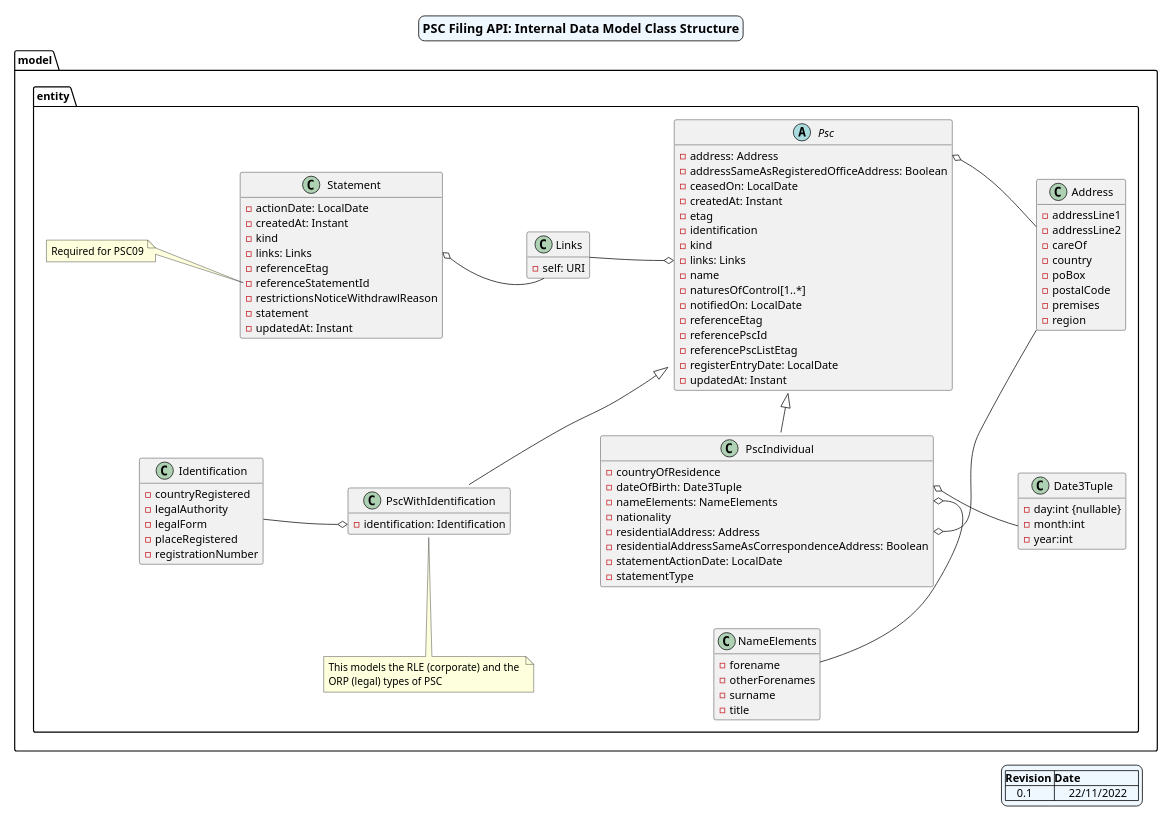
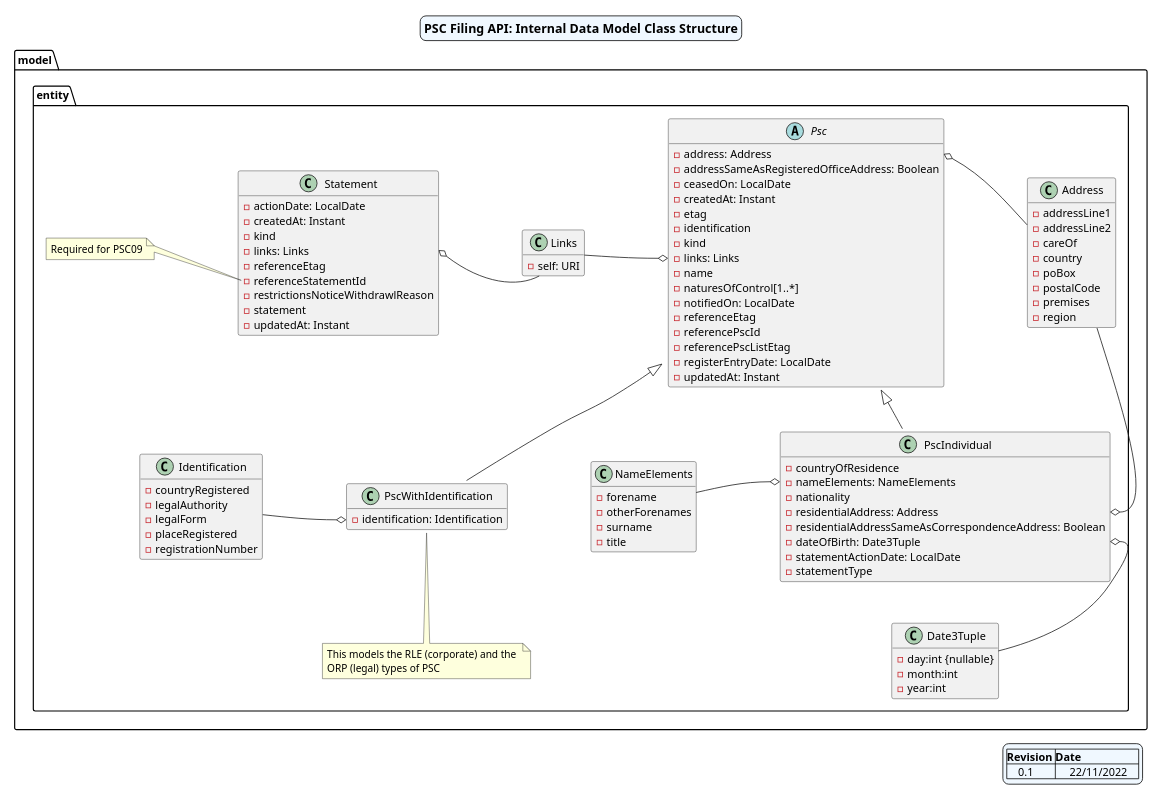
The diagram in docs/Internal Data Model of PSC Classes.puml (companieshouse/psc-filing-api), drawn with PlantUML before and after one commit. The commit also changed 1 other file, not shown here.

```diff
--- a/docs/Internal Data Model of PSC Classes.puml
+++ b/docs/Internal Data Model of PSC Classes.puml
@@ -1,141 +1,135 @@
 @startuml
 skinparam linetype poly
 skinparam nodesep 100 /' horizontal separator '/
 skinparam ranksep 50 /' vertical separator '/
 skinparam titleBorderRoundCorner 15
 skinparam titleBorderThickness 1
 skinparam titleBorderColor black
 skinparam titleBackgroundColor AliceBlue
 skinparam groupInheritance 1
 scale 800 width
 hide empty members
 'hide circle'
 skinparam titleFontSize 16
 skinparam legendBackgroundColor AliceBlue
 
 title PSC Filing API: Internal Data Model Class Structure
 legend right
 |=Revision |=Date |
 |    0.1    |     22/11/2022    |
 end legend
 
     package "model" {
 
         package "entity" {
 
             class Address {
                 -addressLine1
                 -addressLine2
                 -careOf
                 -country
                 -poBox
                 -postalCode
                 -premises
                 -region
             }
 
             class Date3Tuple {
                 -day:int {nullable}
                 -month:int
                 -year:int
             }
 /'            note right of Date3Tuple
                day is null
                for partial DOB
             end note'/
 
             class Identification {
                 -countryRegistered
                 -legalAuthority
                 -legalForm
                 -placeRegistered
                 -registrationNumber
             }
 
             class NameElements {
                 -forename
                 -otherForenames
                 -surname
                 -title
             }
 
             class Statement {
                 -actionDate: LocalDate
                 -createdAt: Instant
                 -kind
                 -links: Links
                 -referenceEtag
                 -referenceStatementId
                 -restrictionsNoticeWithdrawlReason
                 -statement
                 -updatedAt: Instant
             }
 
           note left of Statement::referenceStatementId
                 Required for PSC09
            end note
 
 /'          note left of Statement::statement
                 See public spec for full list
            end note'/
 
             abstract class Psc {
                 -address: Address
                 -addressSameAsRegisteredOfficeAddress: Boolean
                 -ceasedOn: LocalDate
                 -createdAt: Instant
                 -etag
                 -identification
                 -kind
                 -links: Links
                 -name
                 -naturesOfControl[1..*]
                 -notifiedOn: LocalDate
                 -referenceEtag
                 -referencePscId
                 -referencePscListEtag
                 -registerEntryDate: LocalDate
                 -updatedAt: Instant
             }
 
+            class PscWithIdentification {
+                -identification: Identification
+            }
+          note "This models the RLE (corporate) and the \nORP (legal) types of PSC" as Note1
+          PscWithIdentification .. Note1
+
             class PscIndividual {
                 -countryOfResidence
-                -dateOfBirth: Date3Tuple
                 -nameElements: NameElements
                 -nationality
                 -residentialAddress: Address
                 -residentialAddressSameAsCorrespondenceAddress: Boolean
+                -dateOfBirth: Date3Tuple
                 -statementActionDate: LocalDate
                 -statementType
             }
-
-            class PscWithIdentification {
-                -identification: Identification
-            }
-
-          note "This models the RLE (corporate) and the \nORP (legal) types of PSC" as Note1
-
-          PscWithIdentification .. Note1
 
             class Links {
                 -self: URI
             }
 
-/'           note left of Psc::naturesOfControl
-                See public spec for full list
-            end note'/
-
+            Psc <|-- PscWithIdentification
             Psc <|-- PscIndividual
-            Psc <|-- PscWithIdentification
-            PscIndividual::nameElements o-- NameElements
+            NameElements -o PscIndividual::nameElements
             Identification -o PscWithIdentification::identification
             Psc::address o- Address
             Address --o PscIndividual::residentialAddress
-            PscIndividual::dateOfBirth o- Date3Tuple
+            PscIndividual::dateOfBirth o-- Date3Tuple
             Links -o Psc::links
             Statement::links o- Links
 
         }
     }
 
 @enduml
```
